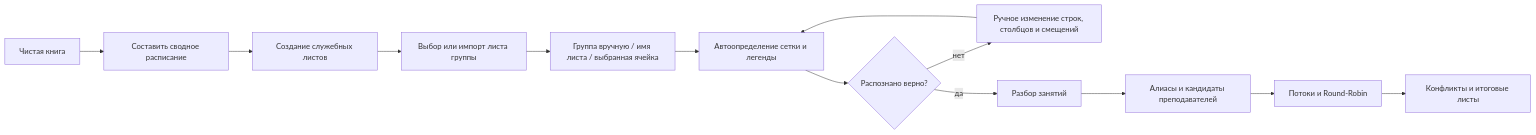
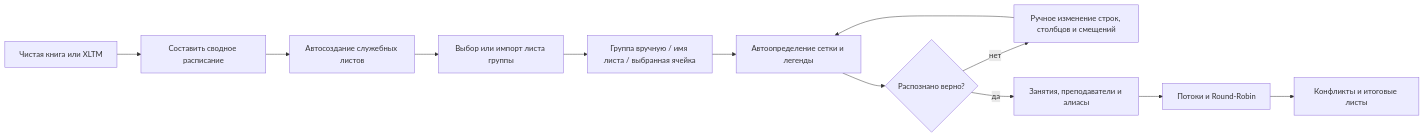
One commit to f2re/excel_helper changed the diagram in README.md. Above: the diagram before and after it, drawn with Mermaid. The commit also changed other lines of this file, not shown here.

````diff
--- a/README.md
+++ b/README.md
@@ -55,15 +75,14 @@
 ```mermaid
 flowchart LR
-    A[Чистая книга] --> B[Составить сводное расписание]
-    B --> C[Создание служебных листов]
+    A[Чистая книга или XLTM] --> B[Составить сводное расписание]
+    B --> C[Автосоздание служебных листов]
     C --> D[Выбор или импорт листа группы]
     D --> E[Группа вручную / имя листа / выбранная ячейка]
     E --> F[Автоопределение сетки и легенды]
     F --> G{Распознано верно?}
     G -- нет --> H[Ручное изменение строк, столбцов и смещений]
     H --> F
-    G -- да --> I[Разбор занятий]
-    I --> J[Алиасы и кандидаты преподавателей]
-    J --> K[Потоки и Round-Robin]
-    K --> L[Конфликты и итоговые листы]
+    G -- да --> I[Занятия, преподаватели и алиасы]
+    I --> J[Потоки и Round-Robin]
+    J --> K[Конфликты и итоговые листы]
 ```
````
